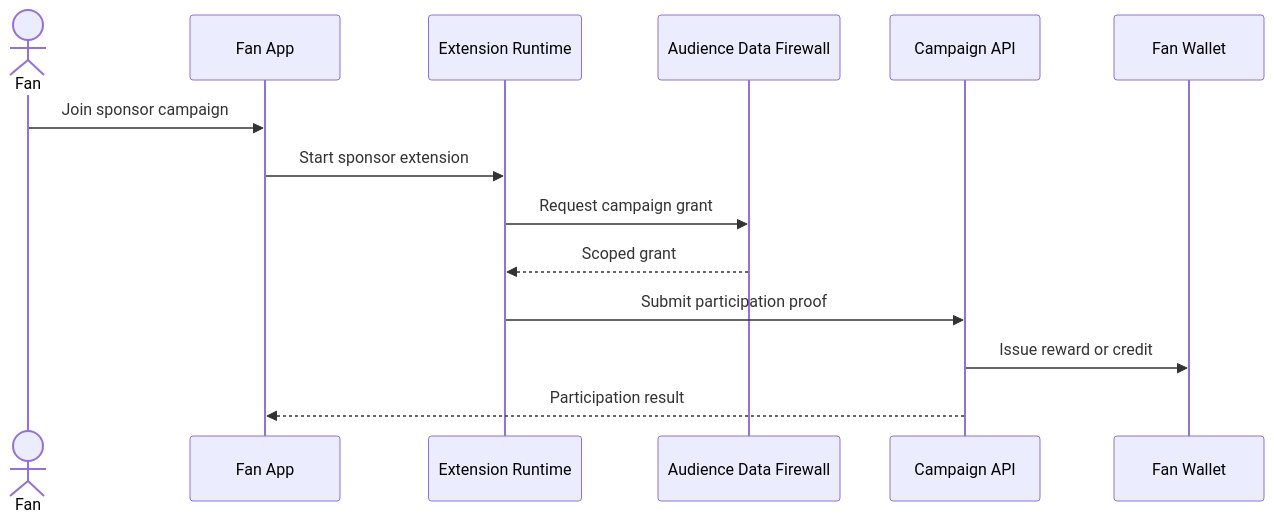
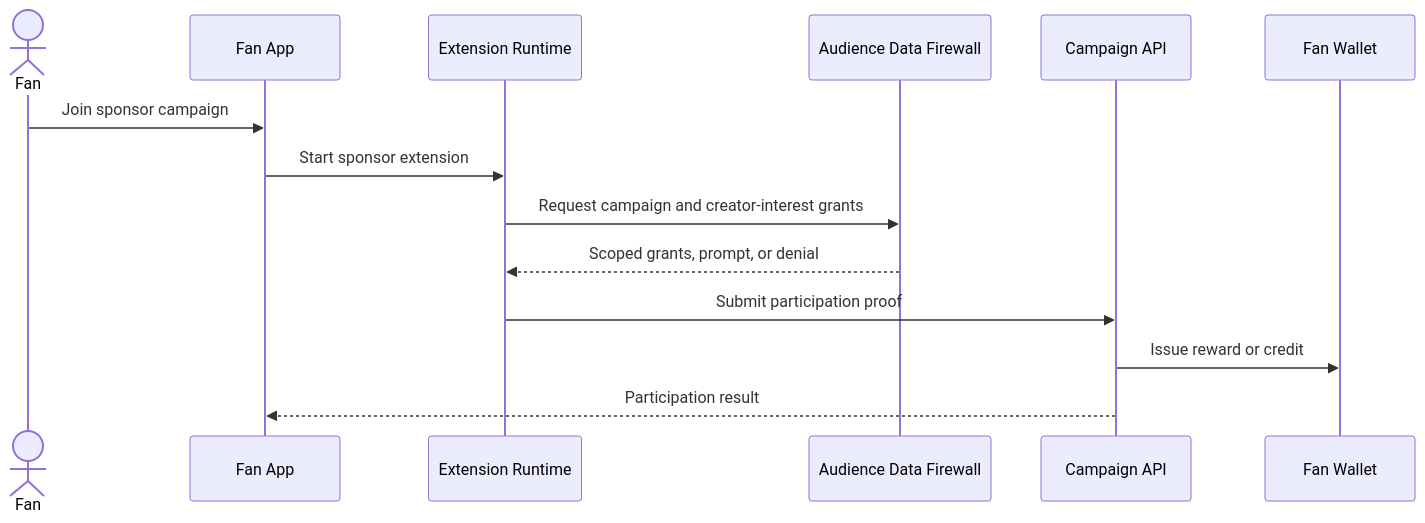
Before and after one commit to fahdabidi/Loom: diagram 12 of 16 in docs/Architecture/08-extensions-campaigns-and-sponsor-tools.md, drawn with Mermaid. The commit also changed other lines of this file and 35 other files, not shown here.

````diff
--- a/docs/Architecture/08-extensions-campaigns-and-sponsor-tools.md
+++ b/docs/Architecture/08-extensions-campaigns-and-sponsor-tools.md
@@ -364,17 +372,17 @@
 ```mermaid
 sequenceDiagram
   actor Fan
   participant App as Fan App
   participant Runtime as Extension Runtime
   participant ADF as Audience Data Firewall
   participant Campaign as Campaign API
   participant Wallet as Fan Wallet
 
   Fan->>App: Join sponsor campaign
   App->>Runtime: Start sponsor extension
-  Runtime->>ADF: Request campaign grant
-  ADF-->>Runtime: Scoped grant
+  Runtime->>ADF: Request campaign and creator-interest grants
+  ADF-->>Runtime: Scoped grants, prompt, or denial
   Runtime->>Campaign: Submit participation proof
   Campaign->>Wallet: Issue reward or credit
   Campaign-->>App: Participation result
 ```
````
